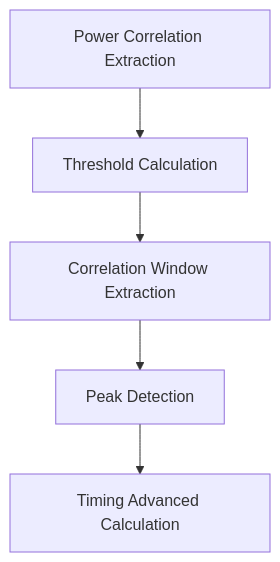
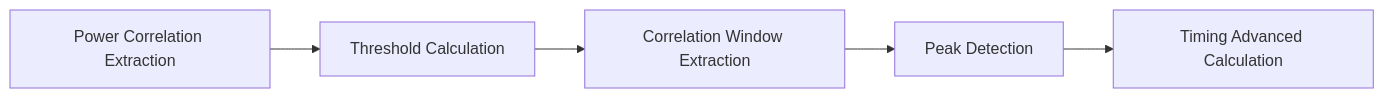
Before and after one commit to bmw-ece-ntust/wilfrid-prach-attack-analysis: the diagram in docs/Paper (IEEE Globecom 2025).md, drawn with Mermaid.

Commit message:
Update Paper (IEEE Globecom 2025).md

````diff
--- a/docs/Paper (IEEE Globecom 2025).md
+++ b/docs/Paper (IEEE Globecom 2025).md
@@ -146,9 +146,9 @@
 ```mermaid
-flowchart TD
+flowchart LR
     A["Power Correlation Extraction"]
     B["Threshold Calculation"]
     C["Correlation Window Extraction"]
     D["Peak Detection"]
     E["Timing Advanced Calculation"]
     A --> B --> C --> D --> E
 ```
````
